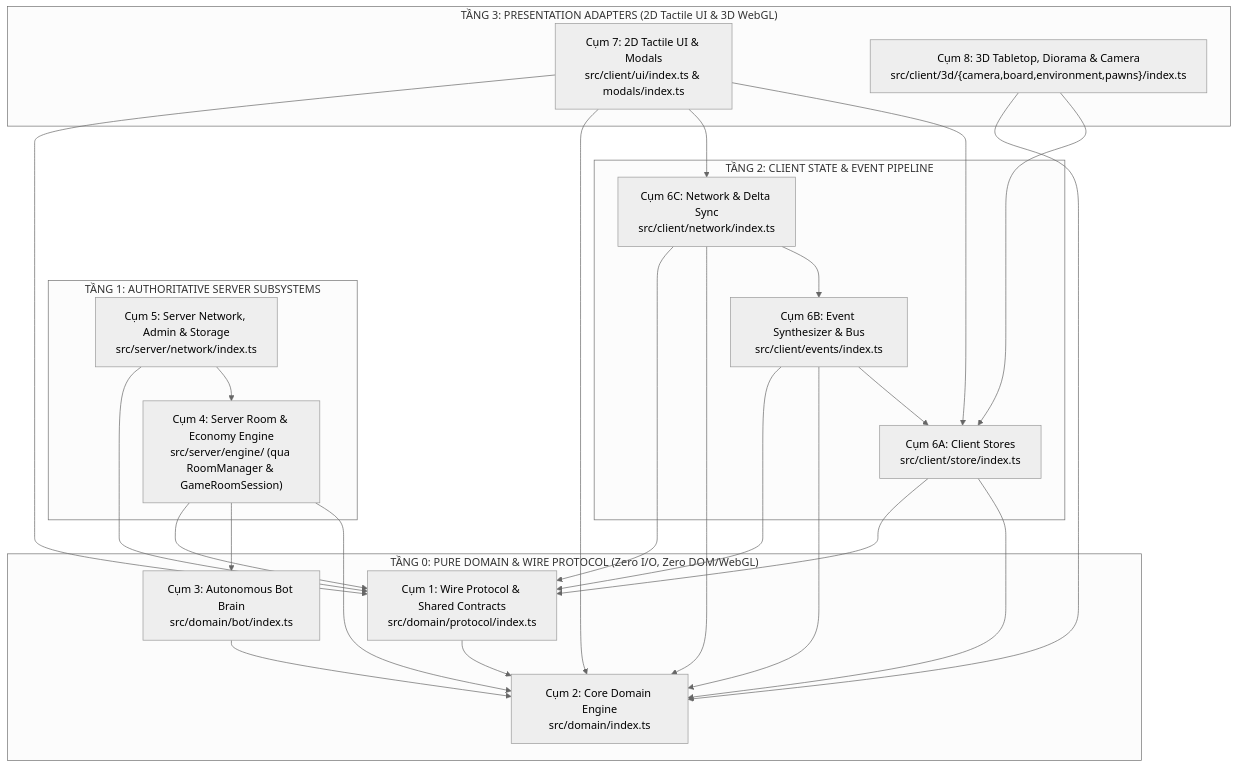
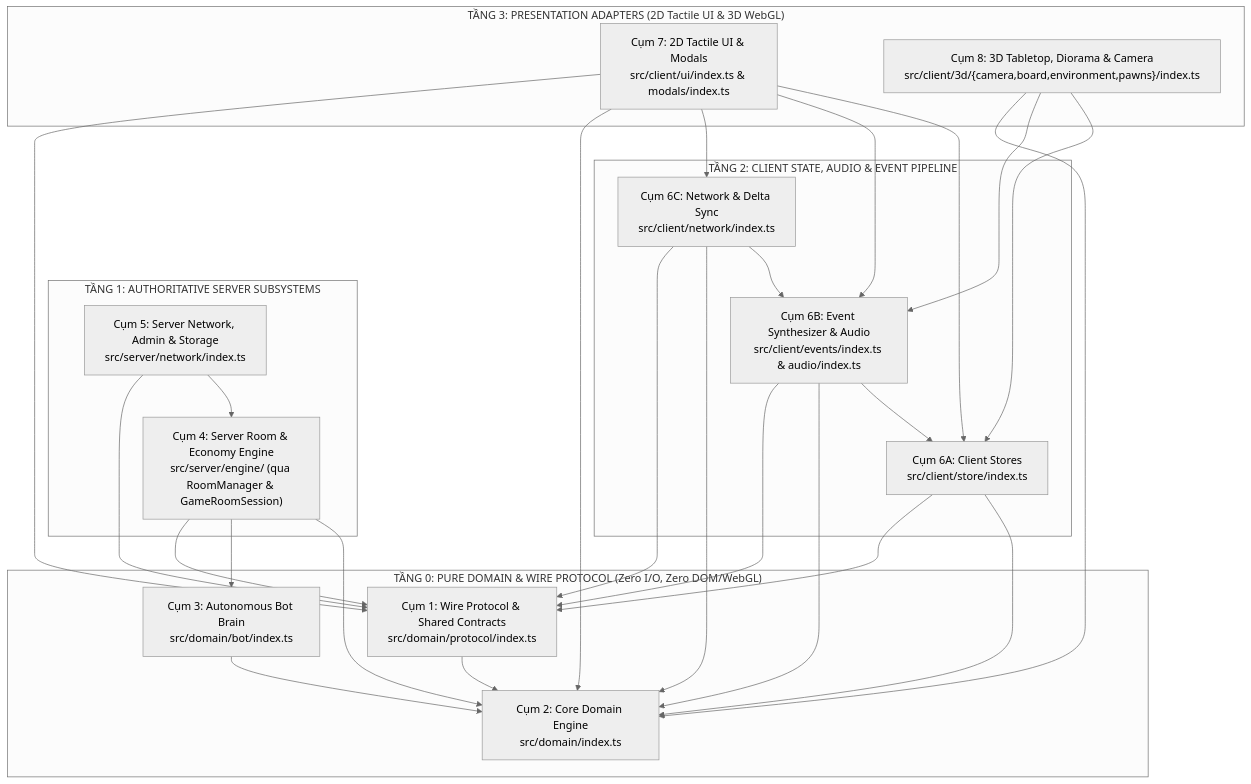
One commit to andyandsmoothies-ship-it/vtcoon changed the second of 2 diagrams in docs/reports/analysis/AI_NATIVE_ARCHITECTURAL_BLUEPRINT_REPORT.md. Above: the diagram before and after it, drawn with Mermaid (neutral theme). The commit also changed other lines of this file and 127 other files, not shown here.

Commit message:
Architect refine

````diff
--- a/docs/reports/analysis/AI_NATIVE_ARCHITECTURAL_BLUEPRINT_REPORT.md
+++ b/docs/reports/analysis/AI_NATIVE_ARCHITECTURAL_BLUEPRINT_REPORT.md
@@ -159,44 +170,46 @@
 ```mermaid
 flowchart TD
     subgraph Tier0["TẦNG 0: PURE DOMAIN & WIRE PROTOCOL (Zero I/O, Zero DOM/WebGL)"]
         C1["Cụm 1: Wire Protocol & Shared Contracts<br/>src/domain/protocol/index.ts"]
         C2["Cụm 2: Core Domain Engine<br/>src/domain/index.ts"]
         C3["Cụm 3: Autonomous Bot Brain<br/>src/domain/bot/index.ts"]
         C3 --> C2
         C1 --> C2
     end
 
     subgraph Tier1["TẦNG 1: AUTHORITATIVE SERVER SUBSYSTEMS"]
         C4["Cụm 4: Server Room & Economy Engine<br/>src/server/engine/ (qua RoomManager & GameRoomSession)"]
         C5["Cụm 5: Server Network, Admin & Storage<br/>src/server/network/index.ts"]
         C5 --> C4
         C4 --> C2
         C4 --> C3
         C4 --> C1
         C5 --> C1
     end
 
-    subgraph Tier2["TẦNG 2: CLIENT STATE & EVENT PIPELINE"]
+    subgraph Tier2["TẦNG 2: CLIENT STATE, AUDIO & EVENT PIPELINE"]
         C6A["Cụm 6A: Client Stores<br/>src/client/store/index.ts"]
-        C6B["Cụm 6B: Event Synthesizer & Bus<br/>src/client/events/index.ts"]
+        C6B["Cụm 6B: Event Synthesizer & Audio<br/>src/client/events/index.ts & audio/index.ts"]
         C6C["Cụm 6C: Network & Delta Sync<br/>src/client/network/index.ts"]
         C6C --> C6B --> C6A
         C6A --> C2
         C6A --> C1
         C6B --> C2
         C6B --> C1
         C6C --> C2
         C6C --> C1
     end
 
     subgraph Tier3["TẦNG 3: PRESENTATION ADAPTERS (2D Tactile UI & 3D WebGL)"]
         C7["Cụm 7: 2D Tactile UI & Modals<br/>src/client/ui/index.ts & modals/index.ts"]
         C8["Cụm 8: 3D Tabletop, Diorama & Camera<br/>src/client/3d/{camera,board,environment,pawns}/index.ts"]
         C7 --> C6A
+        C7 --> C6B
         C7 --> C6C
         C7 --> C2
         C7 --> C1
         C8 --> C6A
+        C8 --> C6B
         C8 --> C2
     end
 ```
````
